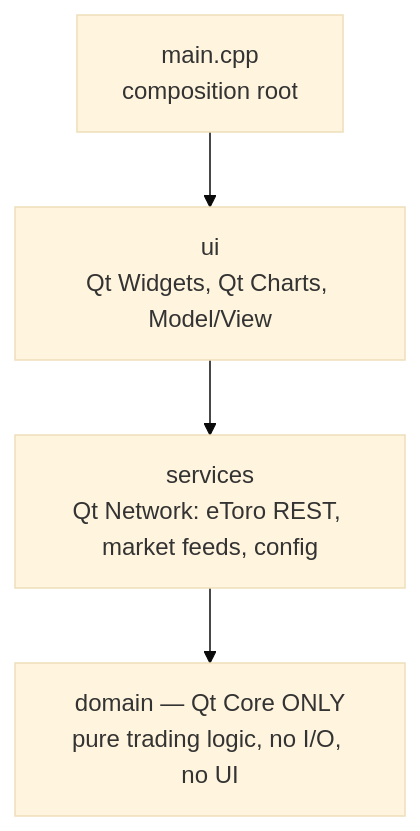
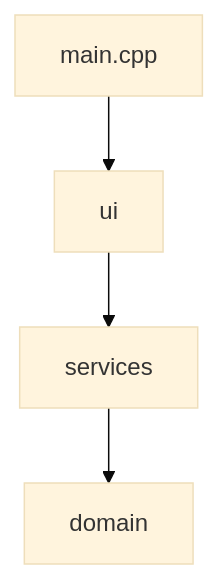
The diagram in README.md (MartinSch77/TradingApp), drawn with Mermaid (base theme) before and after one commit. The commit also changed other lines of this file, not shown here.

Commit message:
Fix Architecture diagram clipping for real: drop line-break syntax entirely
<br/> inside Mermaid node labels was not being honoured by GitHub's renderer
at all (the two lines concatenated with no break or space — "main.cppcomposition
root" — which is why the box still clipped even after the first attempted fix).
Switched to single-word node labels with no line-break syntax whatsoever, and
moved the per-layer detail into a small table right below the diagram, which
cannot suffer this class of rendering surprise again.

````diff
--- a/README.md
+++ b/README.md
@@ -162,7 +162,6 @@
 ```mermaid
 flowchart TD
-    M["main.cpp<br/>composition root"] --> U
-    U["ui<br/>Qt Widgets, Qt Charts, Model/View"] --> S
-    S["services<br/>Qt Network: eToro REST, market feeds, config"] --> D
-    D["domain — Qt Core ONLY<br/>pure trading logic, no I/O, no UI"]
+    M[main.cpp] --> U[ui]
+    U --> S[services]
+    S --> D[domain]
 ```
````
